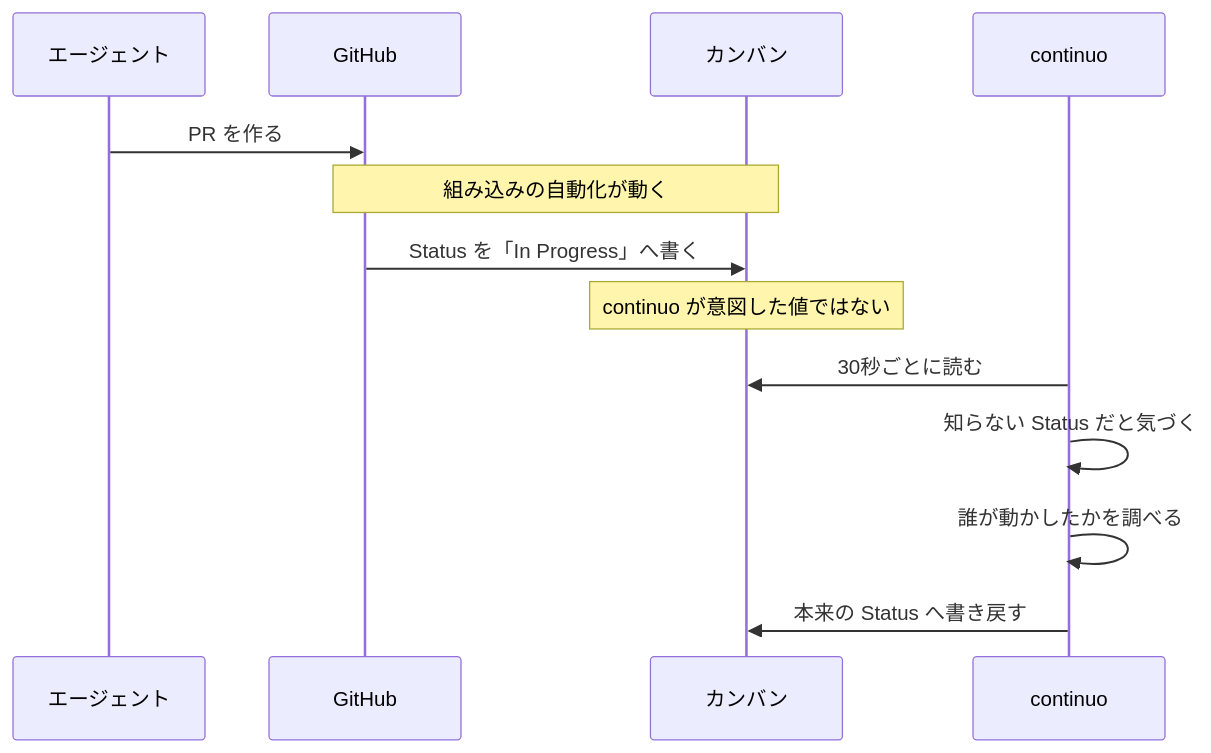
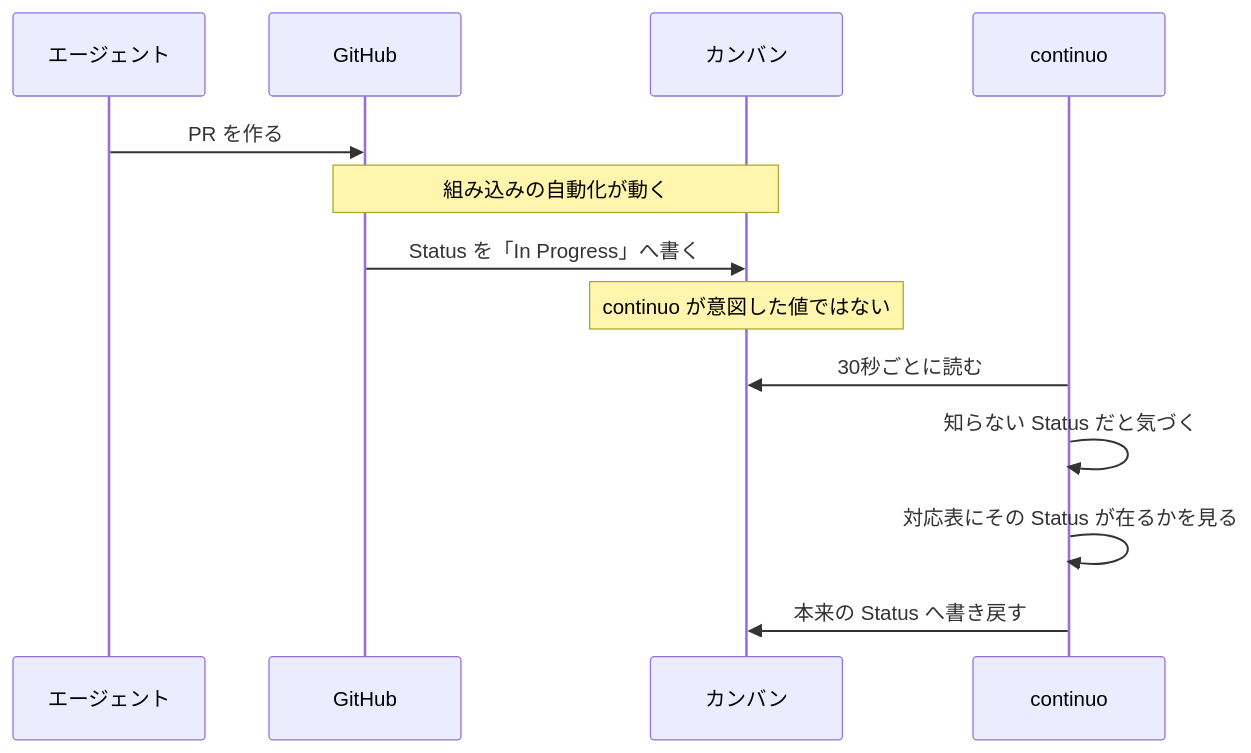
One commit to maimuzo/continuo changed the fourth of 6 diagrams in docs/agent_life_cycle.md. Above: the diagram before and after it, drawn with Mermaid. The commit also changed other lines of this file and 18 other files, not shown here.

````diff
--- a/docs/agent_life_cycle.md
+++ b/docs/agent_life_cycle.md
@@ -214,16 +214,16 @@
 ```mermaid
 sequenceDiagram
     participant A as エージェント
     participant G as GitHub
     participant B as カンバン
     participant C as continuo
 
     A->>G: PR を作る
     Note over G,B: 組み込みの自動化が動く
     G->>B: Status を「In Progress」へ書く
     Note over B: continuo が意図した値ではない
     C->>B: 30秒ごとに読む
     C->>C: 知らない Status だと気づく
-    C->>C: 誰が動かしたかを調べる
+    C->>C: 対応表にその Status が在るかを見る
     C->>B: 本来の Status へ書き戻す
 ```
````
